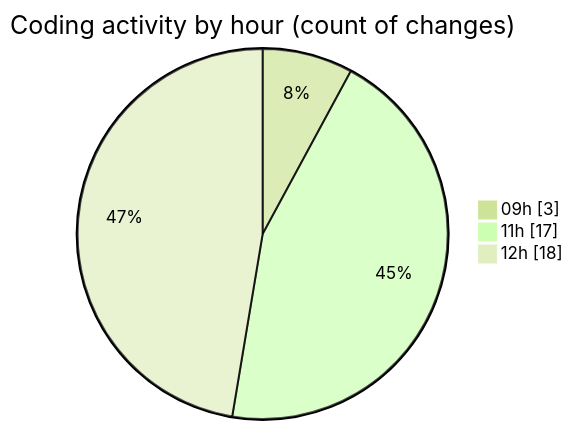
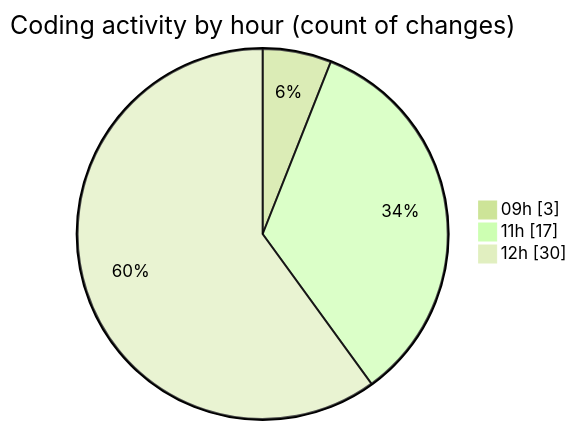
One commit to julien-gomy/code-tracking changed the second of 2 diagrams in 2025-10-15/eventscop-api-guide__workspace_/README.md. Above: the diagram before and after it, drawn with Mermaid (forest theme). The commit also changed other lines of this file and 1 other file, not shown here.

````diff
--- a/2025-10-15/eventscop-api-guide__workspace_/README.md
+++ b/2025-10-15/eventscop-api-guide__workspace_/README.md
@@ -34,7 +35,7 @@
 ```mermaid
 pie showData
 title Coding activity by hour (count of changes)
 "09h" : 3
 "11h" : 17
-"12h" : 18
+"12h" : 30
 ```
````
